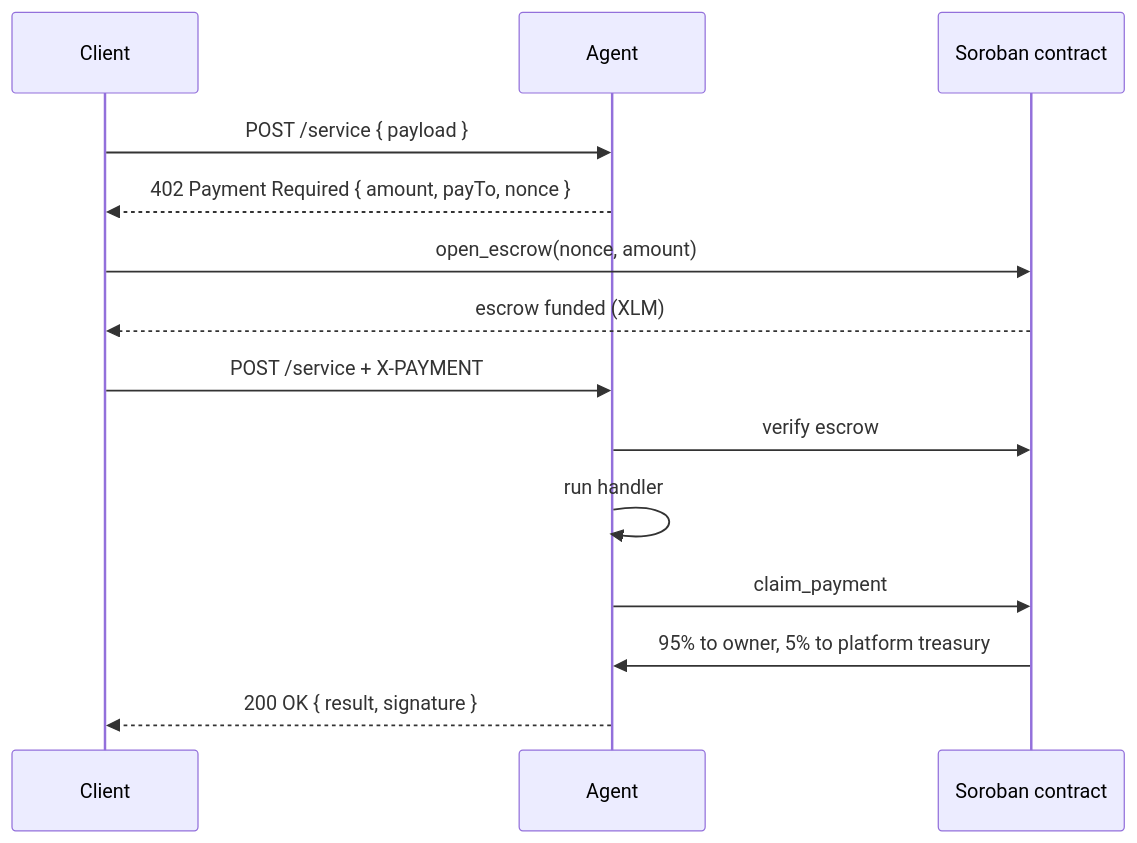
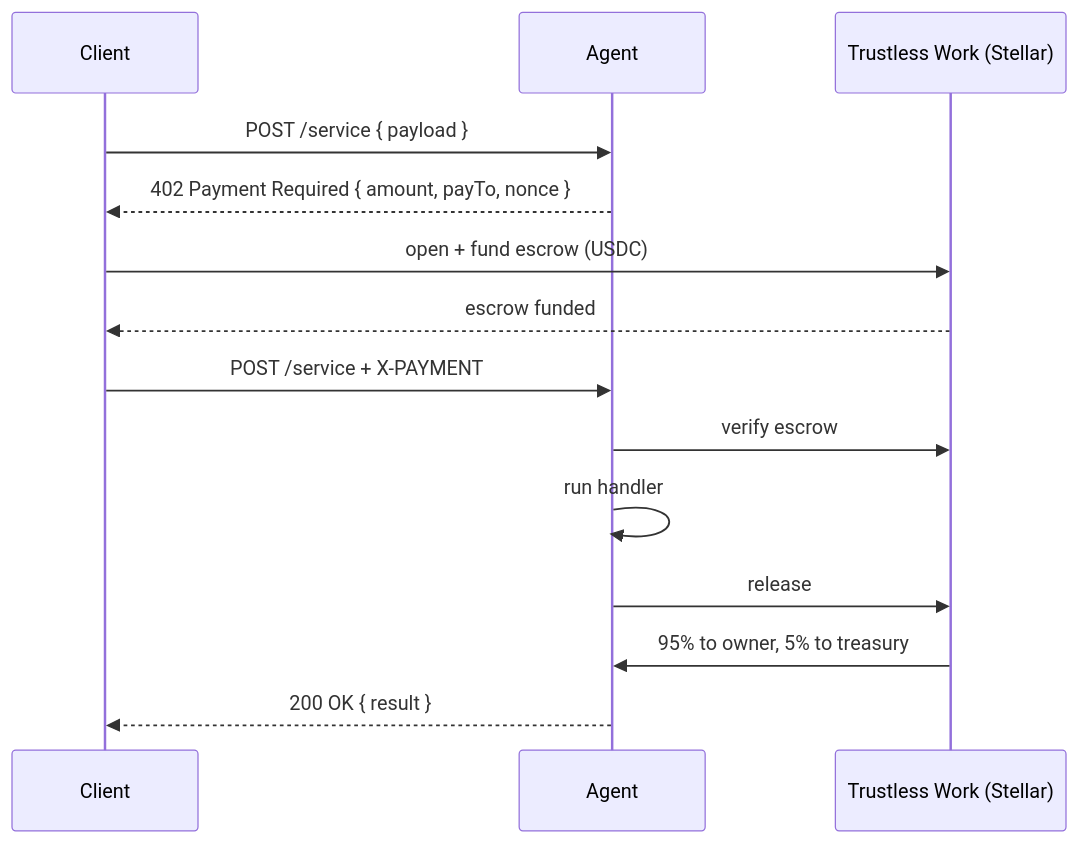
One commit to CoKeFish/kiba changed the second of 2 diagrams in README.md. Above: the diagram before and after it, drawn with Mermaid. The commit also changed other lines of this file, not shown here.

````diff
--- a/README.md
+++ b/README.md
@@ -101,17 +98,17 @@
 ```mermaid
 sequenceDiagram
     participant C as Client
     participant A as Agent
-    participant SC as Soroban contract
+    participant TW as Trustless Work (Stellar)
 
     C->>A: POST /service { payload }
     A-->>C: 402 Payment Required { amount, payTo, nonce }
-    C->>SC: open_escrow(nonce, amount)
-    SC-->>C: escrow funded (XLM)
+    C->>TW: open + fund escrow (USDC)
+    TW-->>C: escrow funded
     C->>A: POST /service + X-PAYMENT
-    A->>SC: verify escrow
+    A->>TW: verify escrow
     A->>A: run handler
-    A->>SC: claim_payment
-    SC->>A: 95% to owner, 5% to platform treasury
-    A-->>C: 200 OK { result, signature }
+    A->>TW: release
+    TW->>A: 95% to owner, 5% to treasury
+    A-->>C: 200 OK { result }
 ```
````
